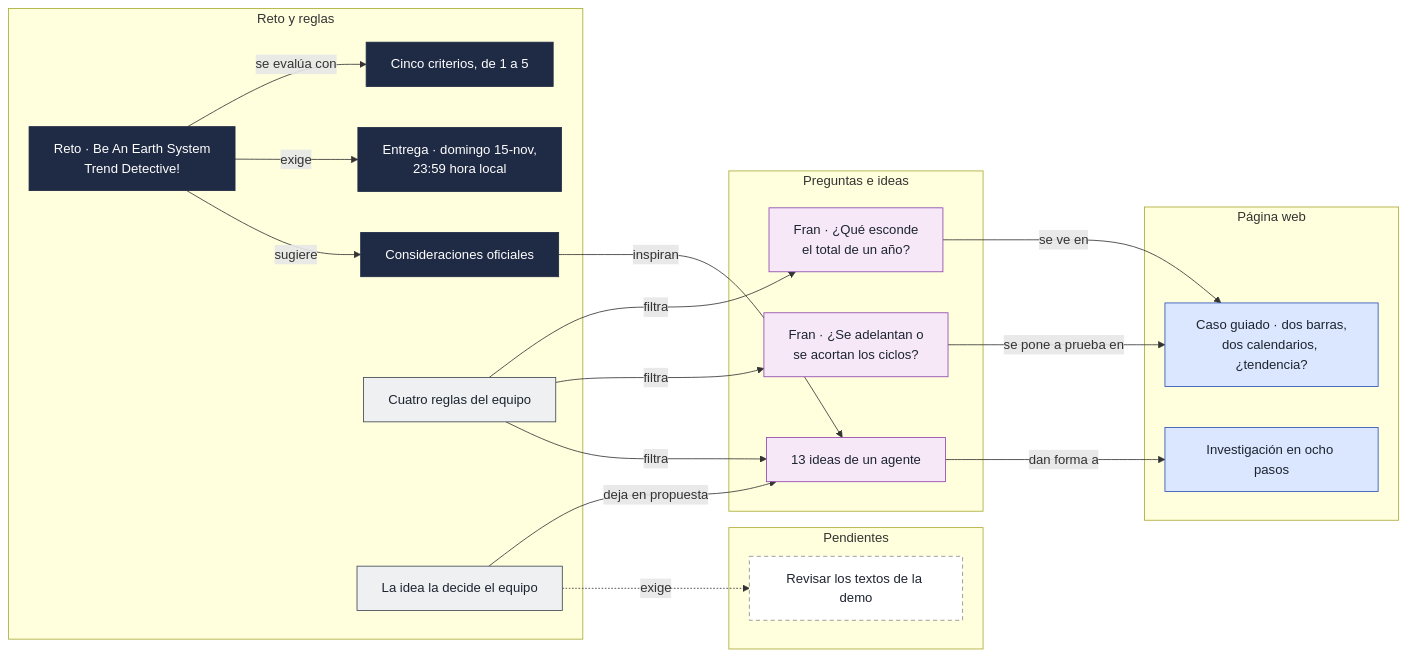
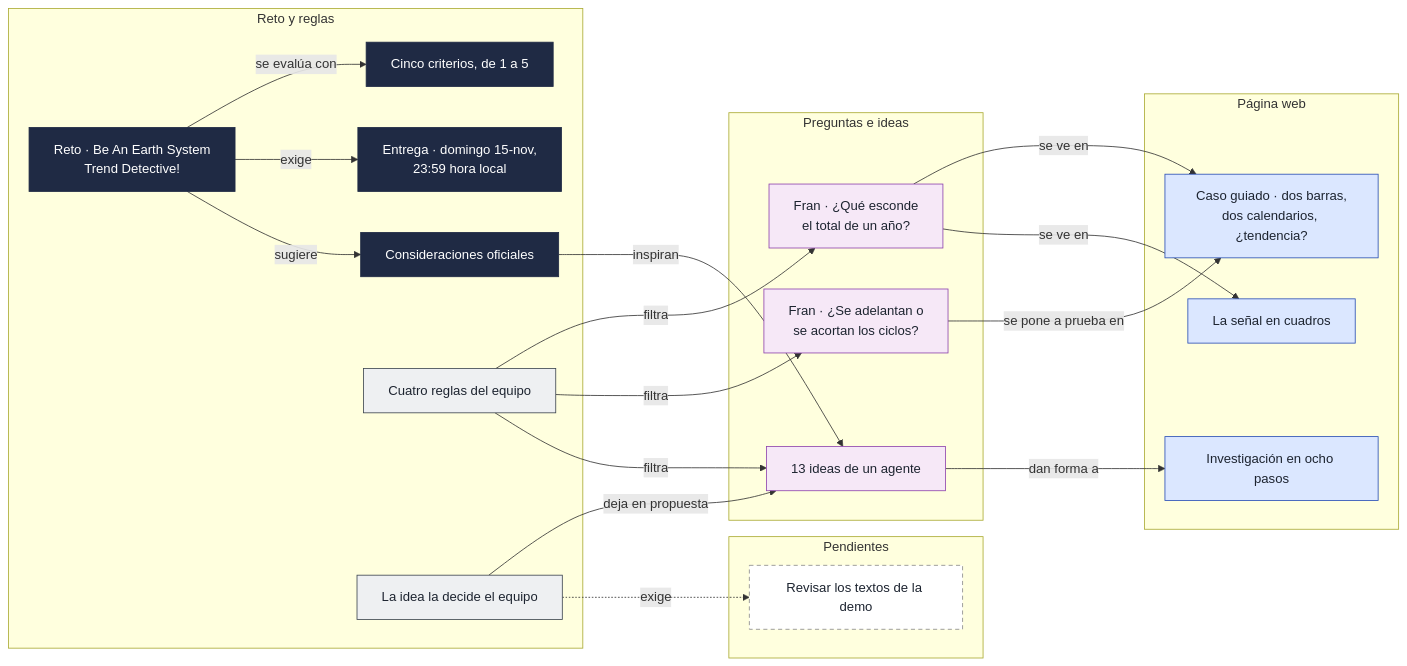
One commit to Javiigxs/RAACK changed the second of 9 diagrams in docs/CONOCIMIENTO.md. Above: the diagram before and after it, drawn with Mermaid. The commit also changed other lines of this file and 9 other files, not shown here.

````diff
--- a/docs/CONOCIMIENTO.md
+++ b/docs/CONOCIMIENTO.md
@@ -81,45 +85,47 @@
 ```mermaid
 flowchart LR
   subgraph sg_reto_reglas["Reto y reglas"]
     reto["Reto · Be An Earth System<br/>Trend Detective!"]
     criterios["Cinco criterios, de 1 a 5"]
     entrega["Entrega · domingo 15-nov,<br/>23:59 hora local"]
     consideraciones["Consideraciones oficiales"]
     validacion["Cuatro reglas del equipo"]
     regla_ia["La idea la decide el equipo"]
   end
   subgraph sg_reto_preguntas["Preguntas e ideas"]
     fran1["Fran · ¿Qué esconde<br/>el total de un año?"]
     fran2["Fran · ¿Se adelantan o<br/>se acortan los ciclos?"]
     ideas13["13 ideas de un agente"]
   end
   subgraph sg_reto_pagina["Página web"]
     p_caso["Caso guiado · dos barras,<br/>dos calendarios, ¿tendencia?"]
     p_lab["Investigación en ocho pasos"]
+    p_cuadros["La señal en cuadros"]
   end
   subgraph sg_reto_pendientes["Pendientes"]
     t_textos["Revisar los textos de la demo"]
   end
   reto -->|se evalúa con| criterios
   reto -->|exige| entrega
   reto -->|sugiere| consideraciones
   consideraciones -->|inspiran| ideas13
   validacion -->|filtra| fran1
   validacion -->|filtra| fran2
   validacion -->|filtra| ideas13
   regla_ia -->|deja en propuesta| ideas13
   regla_ia -.->|exige| t_textos
   fran1 -->|se ve en| p_caso
   fran2 -->|se pone a prueba en| p_caso
   ideas13 -->|dan forma a| p_lab
+  fran1 -->|se ve en| p_cuadros
   classDef reto fill:#1f2a44,stroke:#1f2a44,color:#ffffff
   class reto,criterios,entrega,consideraciones reto
   classDef regla fill:#eef0f2,stroke:#3d4650,color:#1d2430
   class validacion,regla_ia regla
   classDef pregunta fill:#f6e8f7,stroke:#8e44ad,color:#1d2430
   class fran1,fran2,ideas13 pregunta
   classDef pagina fill:#dbe7ff,stroke:#2a4fb5,color:#1d2430
-  class p_caso,p_lab pagina
+  class p_caso,p_lab,p_cuadros pagina
   classDef pendiente fill:#ffffff,stroke:#8a8a8a,stroke-dasharray:5 4,color:#1d2430
   class t_textos pendiente
 ```
````
